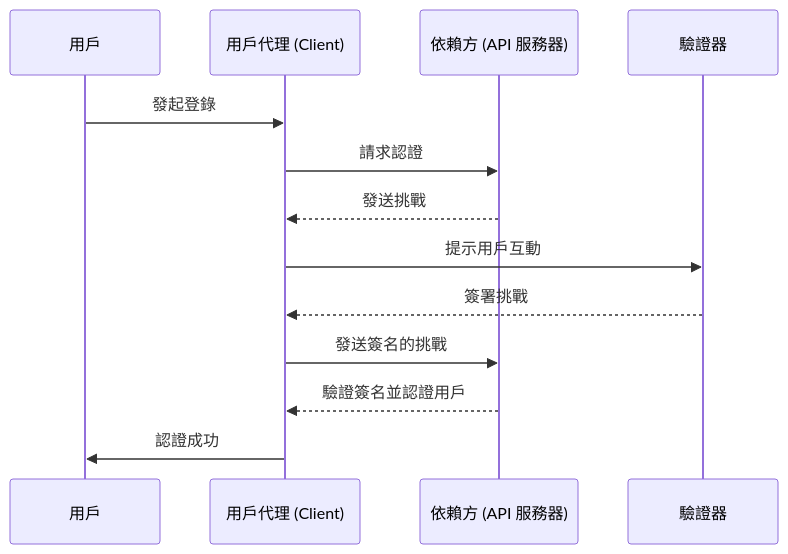
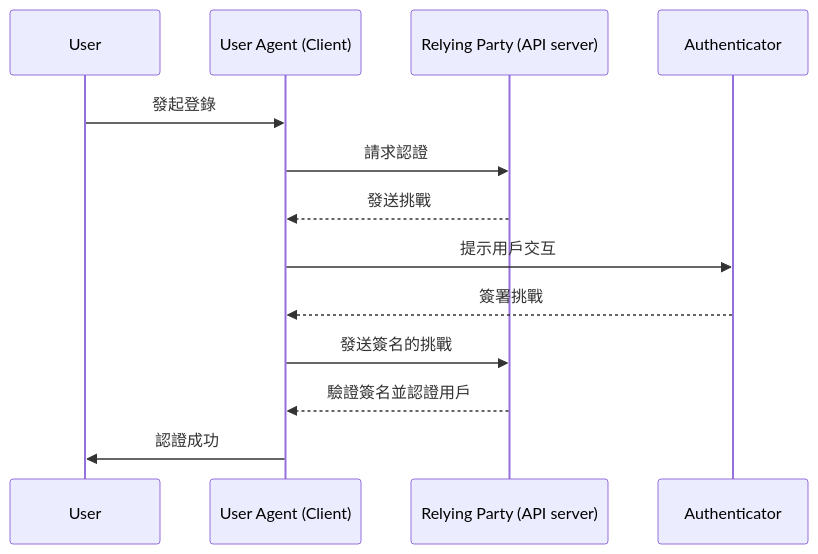
One commit to logto-io/auth-wiki changed the second of 2 diagrams in src/content/terms/zh-Hant/webauthn.mdx. Above: the diagram before and after it, drawn with Mermaid. The commit also changed other lines of this file and 98 other files, not shown here.

````diff
--- a/src/content/terms/zh-Hant/webauthn.mdx
+++ b/src/content/terms/zh-Hant/webauthn.mdx
@@ -67,16 +75,16 @@
 ```mermaid
 sequenceDiagram
-    participant 用戶
-    participant 用戶代理 (Client)
-    participant 依賴方 (API 服務器)
-    participant 驗證器
+	participant User
+	participant User Agent (Client)
+	participant Relying Party (API server)
+	participant Authenticator
 
-    用戶 ->> 用戶代理 (Client): 發起登錄
-    用戶代理 (Client) ->> 依賴方 (API 服務器): 請求認證
-    依賴方 (API 服務器) -->> 用戶代理 (Client): 發送挑戰
-    用戶代理 (Client) ->> 驗證器: 提示用戶互動
-    驗證器 -->> 用戶代理 (Client): 簽署挑戰
-    用戶代理 (Client) ->> 依賴方 (API 服務器): 發送簽名的挑戰
-    依賴方 (API 服務器) -->> 用戶代理 (Client): 驗證簽名並認證用戶
-    用戶代理 (Client) ->> 用戶: 認證成功
+	User ->> User Agent (Client): 發起登錄
+	User Agent (Client) ->> Relying Party (API server): 請求認證
+	Relying Party (API server) -->> User Agent (Client): 發送挑戰
+	User Agent (Client) ->> Authenticator: 提示用戶交互
+	Authenticator -->> User Agent (Client): 簽署挑戰
+	User Agent (Client) ->> Relying Party (API server): 發送簽名的挑戰
+	Relying Party (API server) -->> User Agent (Client): 驗證簽名並認證用戶
+	User Agent (Client) ->> User: 認證成功
 ```
````
